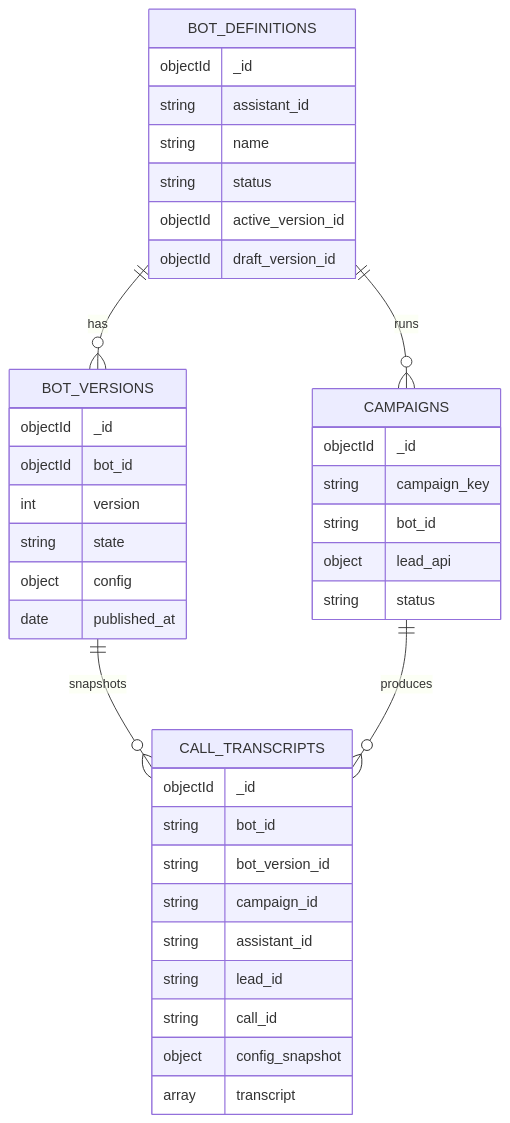
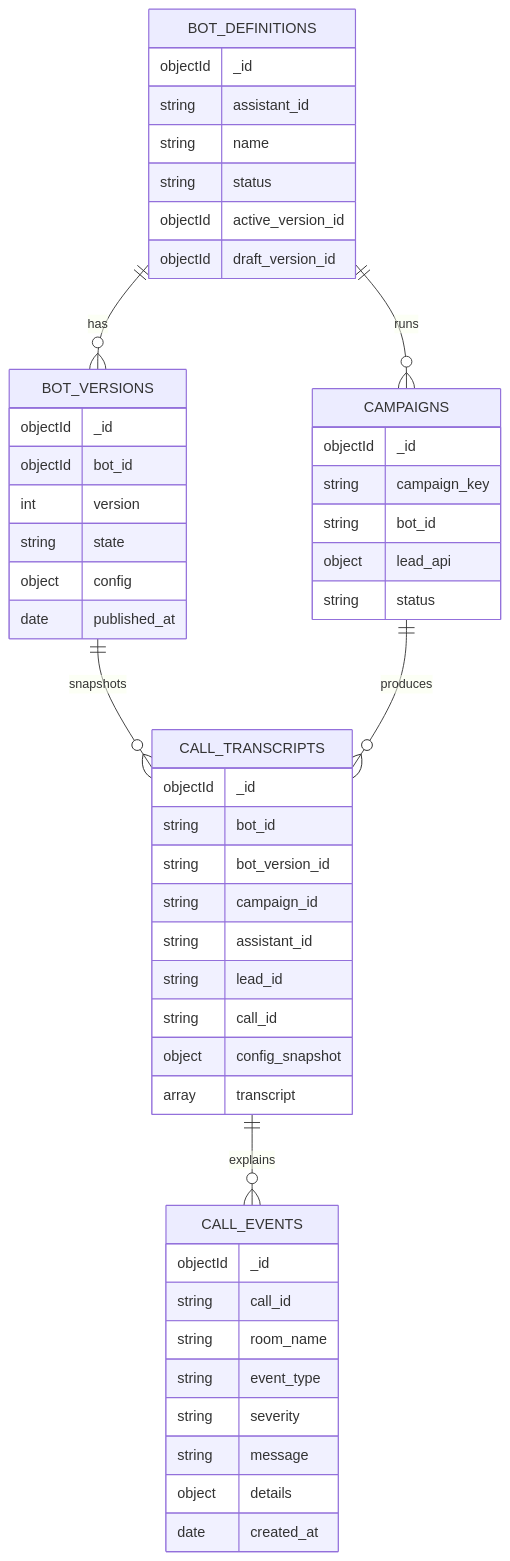
One commit to shaileshjaiswalwins/voicebot_nodcode_platform changed the fifth of 6 diagrams in docs/standalone_architecture_diagrams.md. Above: the diagram before and after it, drawn with Mermaid. The commit also changed other lines of this file and 11 other files, not shown here.

Commit message:
Add structured call event timeline

````diff
--- a/docs/standalone_architecture_diagrams.md
+++ b/docs/standalone_architecture_diagrams.md
@@ -156,45 +156,57 @@
 ```mermaid
 erDiagram
     BOT_DEFINITIONS ||--o{ BOT_VERSIONS : has
     BOT_DEFINITIONS ||--o{ CAMPAIGNS : runs
     BOT_VERSIONS ||--o{ CALL_TRANSCRIPTS : snapshots
     CAMPAIGNS ||--o{ CALL_TRANSCRIPTS : produces
+    CALL_TRANSCRIPTS ||--o{ CALL_EVENTS : explains
 
     BOT_DEFINITIONS {
         objectId _id
         string assistant_id
         string name
         string status
         objectId active_version_id
         objectId draft_version_id
     }
 
     BOT_VERSIONS {
         objectId _id
         objectId bot_id
         int version
         string state
         object config
         date published_at
     }
 
     CAMPAIGNS {
         objectId _id
         string campaign_key
         string bot_id
         object lead_api
         string status
     }
 
     CALL_TRANSCRIPTS {
         objectId _id
         string bot_id
         string bot_version_id
         string campaign_id
         string assistant_id
         string lead_id
         string call_id
         object config_snapshot
         array transcript
     }
+
+    CALL_EVENTS {
+        objectId _id
+        string call_id
+        string room_name
+        string event_type
+        string severity
+        string message
+        object details
+        date created_at
+    }
 ```
````
